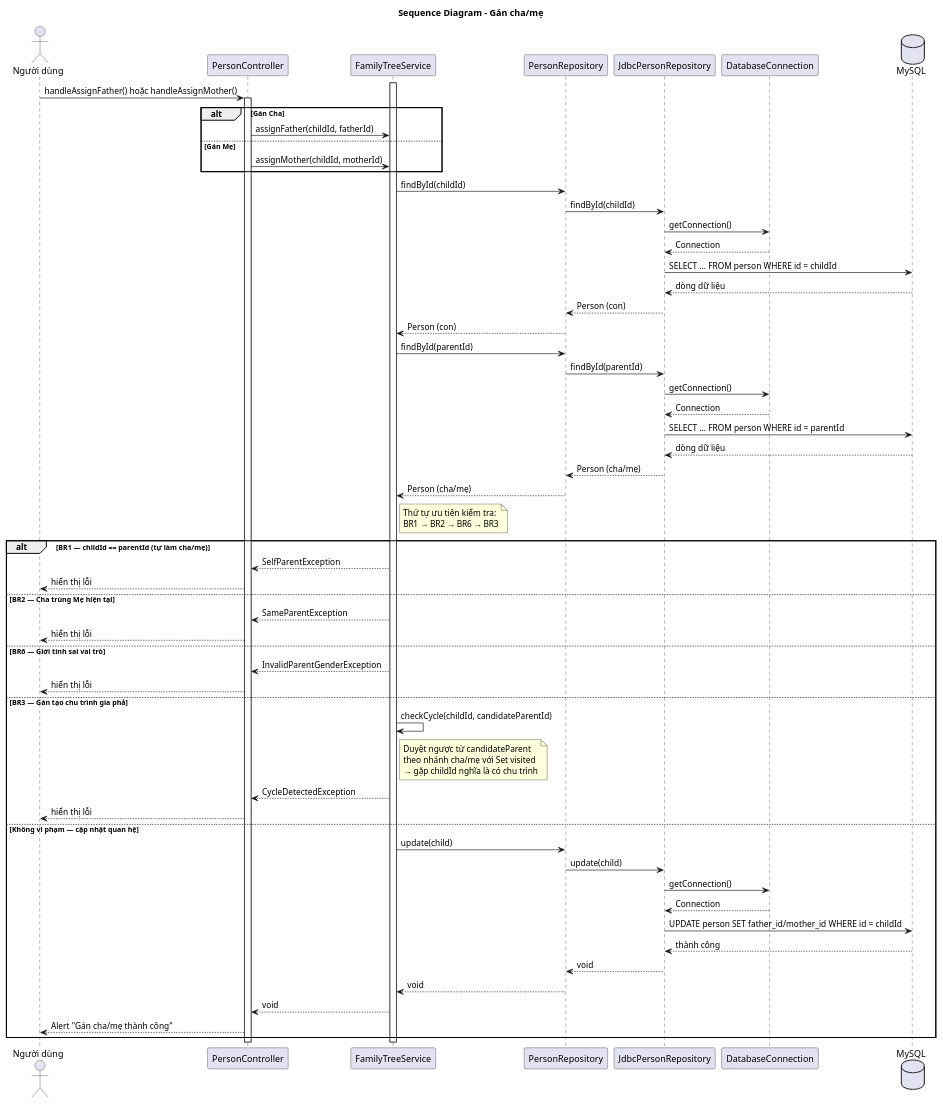
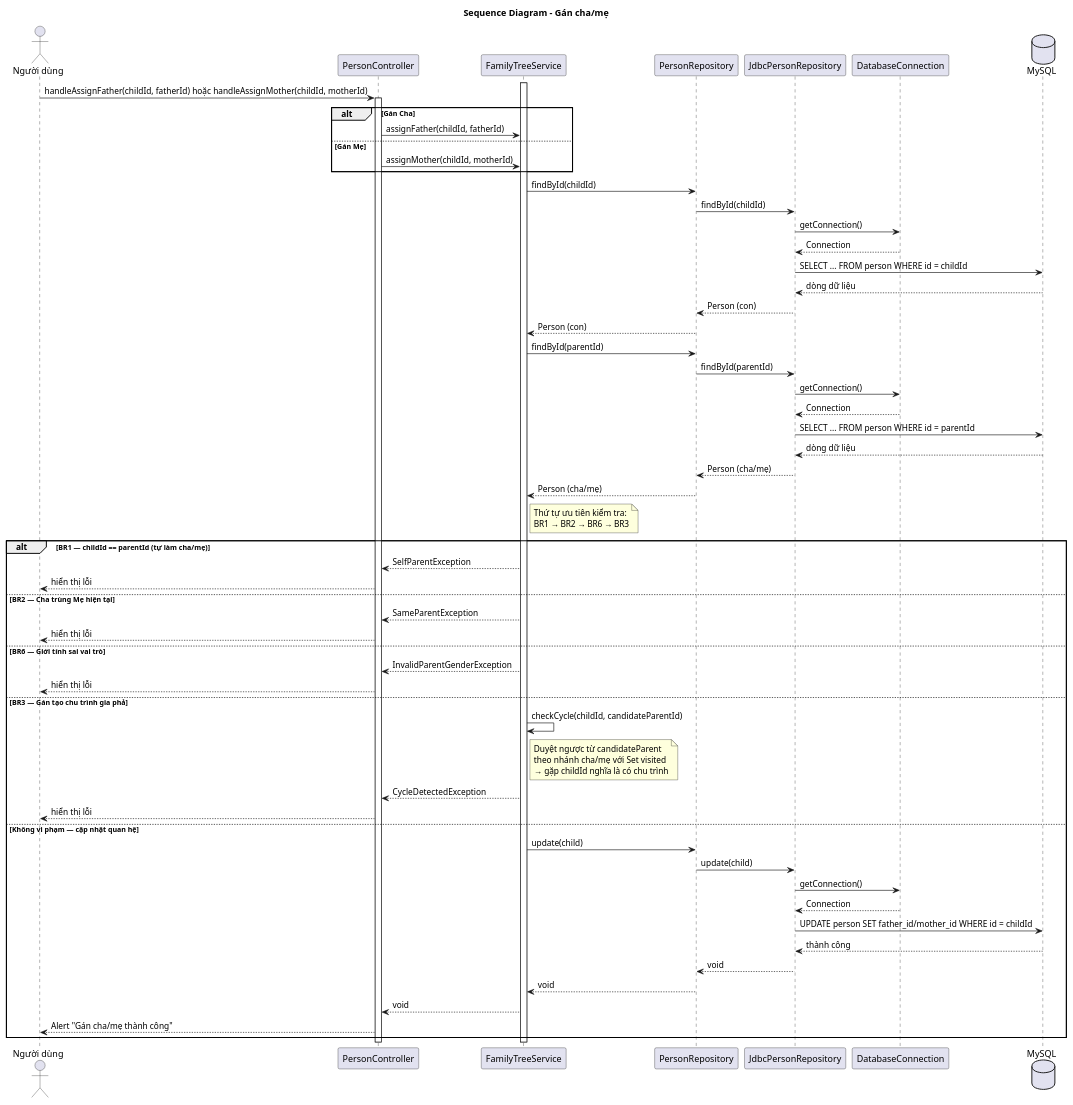
Before and after one commit to minhchien170704/do-an-gia-pha: the diagram in docs/uml/sequence-assign-parent.puml, drawn with PlantUML. The commit also changed 9 other files, not shown here.

```diff
--- a/docs/uml/sequence-assign-parent.puml
+++ b/docs/uml/sequence-assign-parent.puml
@@ -1,84 +1,84 @@
 @startuml sequence-assign-parent
 
 title Sequence Diagram - Gán cha/mẹ
 
 actor "Người dùng" as User
 participant "PersonController" as Controller
 participant "FamilyTreeService" as Service
 participant "PersonRepository" as Repo
 participant "JdbcPersonRepository" as JdbcRepo
 participant "DatabaseConnection" as DBConn
 database "MySQL" as DB
 
-User -> Controller : handleAssignFather() hoặc handleAssignMother()
+User -> Controller : handleAssignFather(childId, fatherId) hoặc handleAssignMother(childId, motherId)
 activate Controller
 
 alt Gán Cha
     Controller -> Service : assignFather(childId, fatherId)
 else Gán Mẹ
     Controller -> Service : assignMother(childId, motherId)
 end
 activate Service
 
 Service -> Repo : findById(childId)
 Repo -> JdbcRepo : findById(childId)
 JdbcRepo -> DBConn : getConnection()
 DBConn --> JdbcRepo : Connection
 JdbcRepo -> DB : SELECT ... FROM person WHERE id = childId
 DB --> JdbcRepo : dòng dữ liệu
 JdbcRepo --> Repo : Person (con)
 Repo --> Service : Person (con)
 
 Service -> Repo : findById(parentId)
 Repo -> JdbcRepo : findById(parentId)
 JdbcRepo -> DBConn : getConnection()
 DBConn --> JdbcRepo : Connection
 JdbcRepo -> DB : SELECT ... FROM person WHERE id = parentId
 DB --> JdbcRepo : dòng dữ liệu
 JdbcRepo --> Repo : Person (cha/mẹ)
 Repo --> Service : Person (cha/mẹ)
 
 note right of Service
   Thứ tự ưu tiên kiểm tra:
   BR1 → BR2 → BR6 → BR3
 end note
 
 alt BR1 — childId == parentId (tự làm cha/mẹ)
     Service --> Controller : SelfParentException
     Controller --> User : hiển thị lỗi
 
 else BR2 — Cha trùng Mẹ hiện tại
     Service --> Controller : SameParentException
     Controller --> User : hiển thị lỗi
 
 else BR6 — Giới tính sai vai trò
     Service --> Controller : InvalidParentGenderException
     Controller --> User : hiển thị lỗi
 
 else BR3 — Gán tạo chu trình gia phả
     Service -> Service : checkCycle(childId, candidateParentId)
     note right of Service
       Duyệt ngược từ candidateParent
       theo nhánh cha/mẹ với Set visited
       → gặp childId nghĩa là có chu trình
     end note
     Service --> Controller : CycleDetectedException
     Controller --> User : hiển thị lỗi
 
 else Không vi phạm — cập nhật quan hệ
     Service -> Repo : update(child)
     Repo -> JdbcRepo : update(child)
     JdbcRepo -> DBConn : getConnection()
     DBConn --> JdbcRepo : Connection
     JdbcRepo -> DB : UPDATE person SET father_id/mother_id WHERE id = childId
     DB --> JdbcRepo : thành công
     JdbcRepo --> Repo : void
     Repo --> Service : void
     Service --> Controller : void
     Controller --> User : Alert "Gán cha/mẹ thành công"
 end
 
 deactivate Service
 deactivate Controller
 
 @enduml
```
